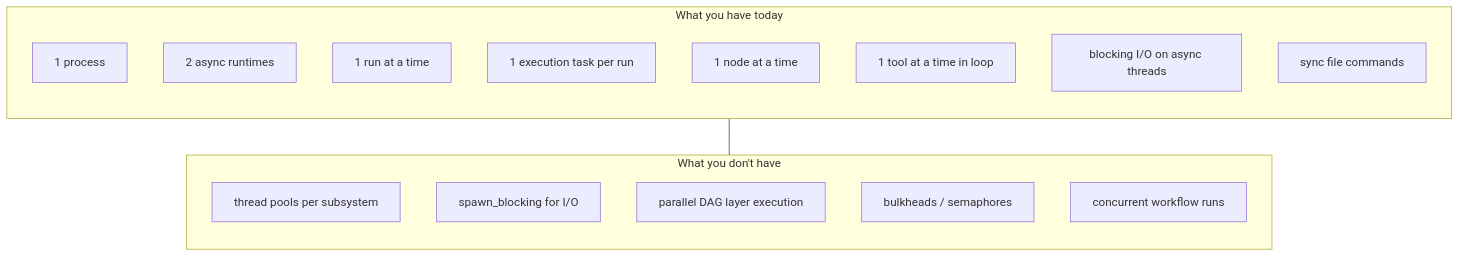
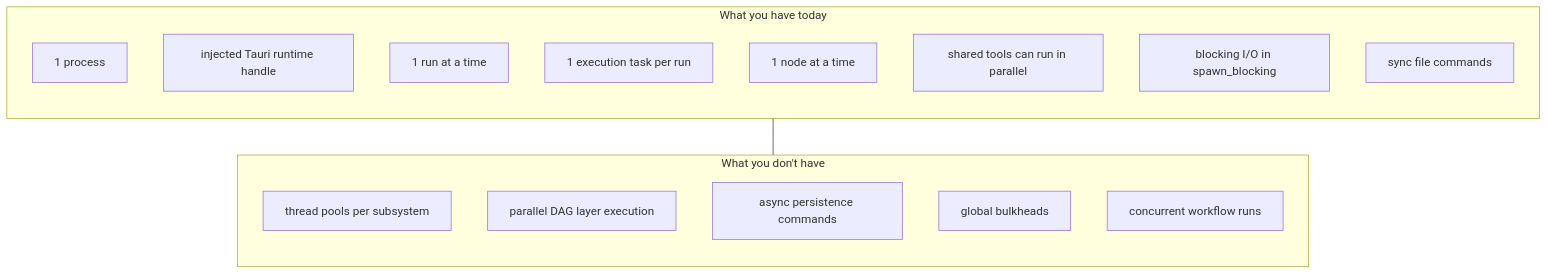
One commit to philbotar/OpenFlow changed the seventh of 7 diagrams in docs/architecture/threading-concurrency.md. Above: the diagram before and after it, drawn with Mermaid. The commit also changed other lines of this file and 63 other files, not shown here.

````diff
--- a/docs/architecture/threading-concurrency.md
+++ b/docs/architecture/threading-concurrency.md
@@ -341,25 +337,25 @@
 ```mermaid
 flowchart TB
     subgraph WhatYouHave["What you have today"]
         direction TB
         W1["1 process"]
-        W2["2 async runtimes"]
+        W2["injected Tauri runtime handle"]
         W3["1 run at a time"]
         W4["1 execution task per run"]
         W5["1 node at a time"]
-        W6["1 tool at a time in loop"]
-        W7["blocking I/O on async threads"]
+        W6["shared tools can run in parallel"]
+        W7["blocking I/O in spawn_blocking"]
         W8["sync file commands"]
     end
 
     subgraph WhatYouDontHave["What you don't have"]
         direction TB
         N1["thread pools per subsystem"]
-        N2["spawn_blocking for I/O"]
-        N3["parallel DAG layer execution"]
-        N4["bulkheads / semaphores"]
+        N2["parallel DAG layer execution"]
+        N3["async persistence commands"]
+        N4["global bulkheads"]
         N5["concurrent workflow runs"]
     end
 
     WhatYouHave --- WhatYouDontHave
 ```
````
